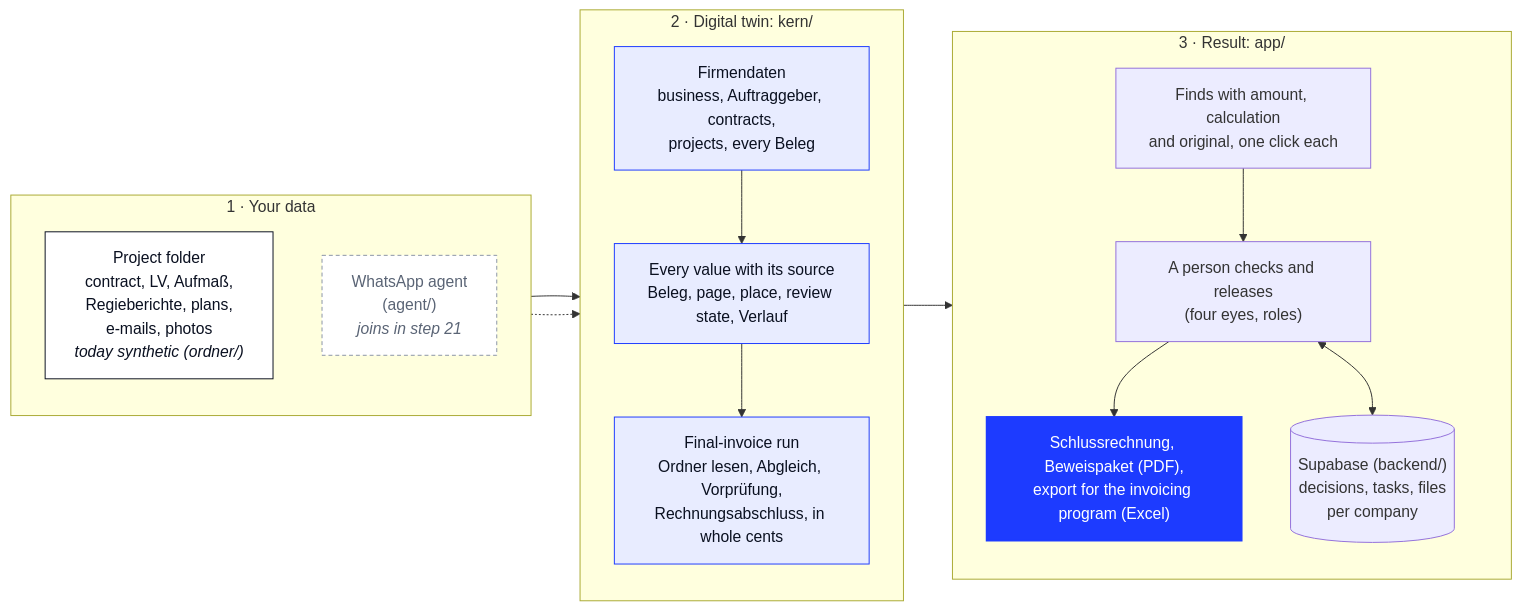
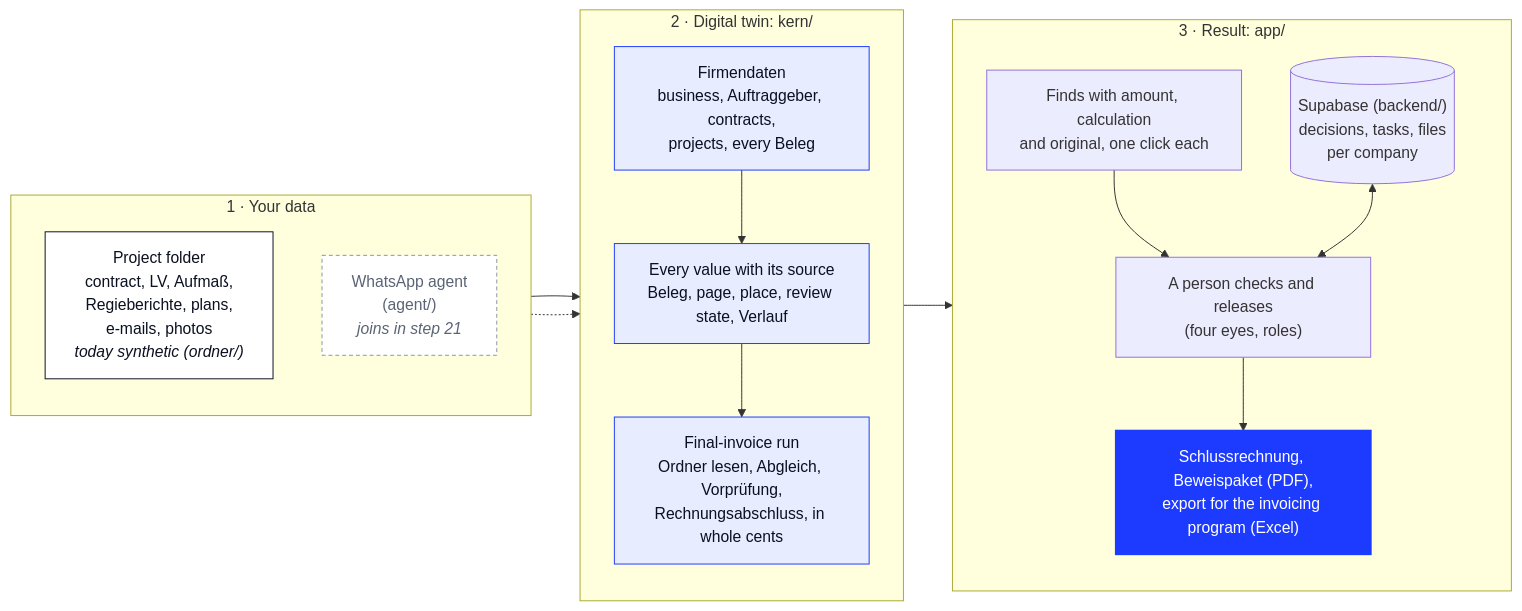
Before and after one commit to tieout-at/tieout: the diagram in README.md, drawn with Mermaid.

Commit message:
README: database above the release in the diagram

````diff
--- a/README.md
+++ b/README.md
@@ -41,36 +41,36 @@
 ```mermaid
 flowchart LR
     classDef input fill:#ffffff,stroke:#0a1020,stroke-width:1px,color:#0a1020;
     classDef core fill:#e8ecff,stroke:#1d3bff,stroke-width:1px,color:#0a1020;
     classDef out fill:#1d3bff,stroke:#1d3bff,stroke-width:2px,color:#ffffff;
     classDef planned fill:#ffffff,stroke:#8a94a6,stroke-width:1px,stroke-dasharray:4 3,color:#5a6475;
 
     subgraph IN [1 · Your data]
         direction TB
         F["Project folder<br/>contract, LV, Aufmaß,<br/>Regieberichte, plans,<br/>e-mails, photos<br/><i>today synthetic (ordner/)</i>"]:::input
         W["WhatsApp agent<br/>(agent/)<br/><i>joins in step 21</i>"]:::planned
     end
 
     subgraph TW [2 · Digital twin: kern/]
         direction TB
         D["Firmendaten<br/>business, Auftraggeber, contracts,<br/>projects, every Beleg"]:::core
         V["Every value with its source<br/>Beleg, page, place, review state, Verlauf"]:::core
         R["Final-invoice run<br/>Ordner lesen, Abgleich, Vorprüfung,<br/>Rechnungsabschluss, in whole cents"]:::core
         D --> V --> R
     end
 
     subgraph OUT [3 · Result: app/]
         direction TB
+        DB[("Supabase (backend/)<br/>decisions, tasks, files<br/>per company")]
         P["Finds with amount, calculation<br/>and original, one click each"]
         H["A person checks and releases<br/>(four eyes, roles)"]
         O["Schlussrechnung, Beweispaket (PDF),<br/>export for the invoicing program (Excel)"]:::out
-        DB[("Supabase (backend/)<br/>decisions, tasks, files<br/>per company")]
         P --> H --> O
-        H <--> DB
+        DB <--> H
     end
 
 
     F --> D
     W -.-> D
     R --> P
 ```
````
